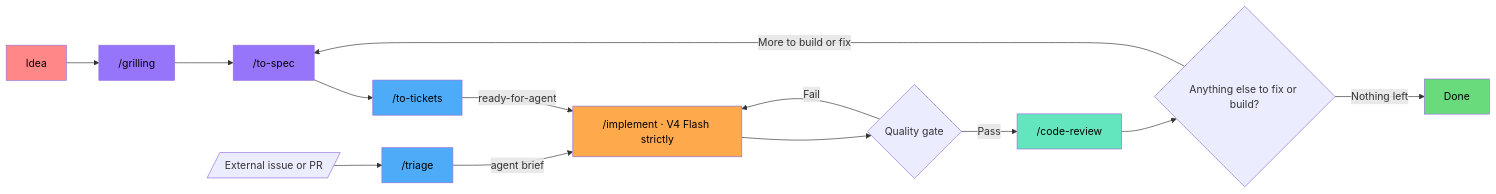
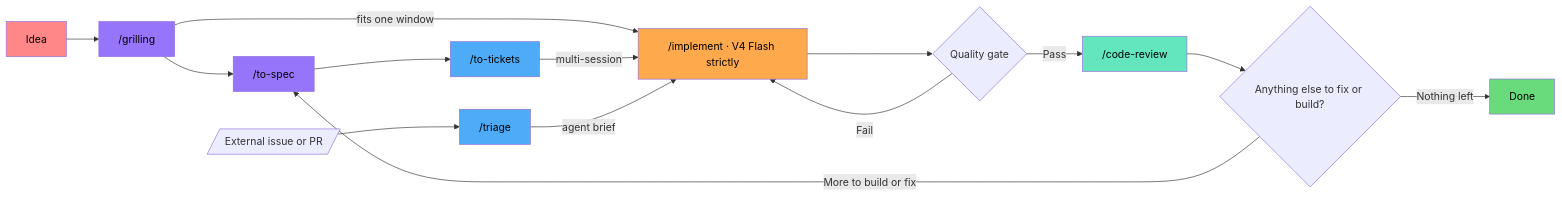
The diagram in README.md (elisharkray1030/ai-coding-workflow), drawn with Mermaid before and after one commit. The commit also changed other lines of this file and 3 other files, not shown here.

````diff
--- a/README.md
+++ b/README.md
@@ -13,30 +26,31 @@
 ```mermaid
 graph LR
     ID[Idea] --> GR[ /grilling]
     GR --> SP[ /to-spec]
     SP --> TK[ /to-tickets]
-    TK -->|ready-for-agent| IM[ /implement · V4 Flash strictly]
+    GR -->|"fits one window"| IM[ /implement · V4 Flash strictly]
+    TK -->|"multi-session"| IM
     IM --> Q{Quality gate}
     Q -->|Pass| CR[ /code-review]
     Q -->|Fail| IM
     CR --> LOOP{Anything else to fix or build?}
     LOOP -->|More to build or fix| SP
     LOOP -->|Nothing left| DN[Done]
 
     EXT[/External issue or PR/] --> TR[ /triage]
     TR -->|agent brief| IM
 
     classDef red fill:#ff8787,color:#000
     classDef purple fill:#9775fa,color:#000
     classDef green fill:#69db7c,color:#000
     classDef blue fill:#4dabf7,color:#000
     classDef orange fill:#ffa94d,color:#000
     classDef teal fill:#63e6be,color:#000
 
     class ID red
     class GR,SP purple
     class TK,TR blue
     class IM orange
     class CR teal
     class DN green
 ```
````
